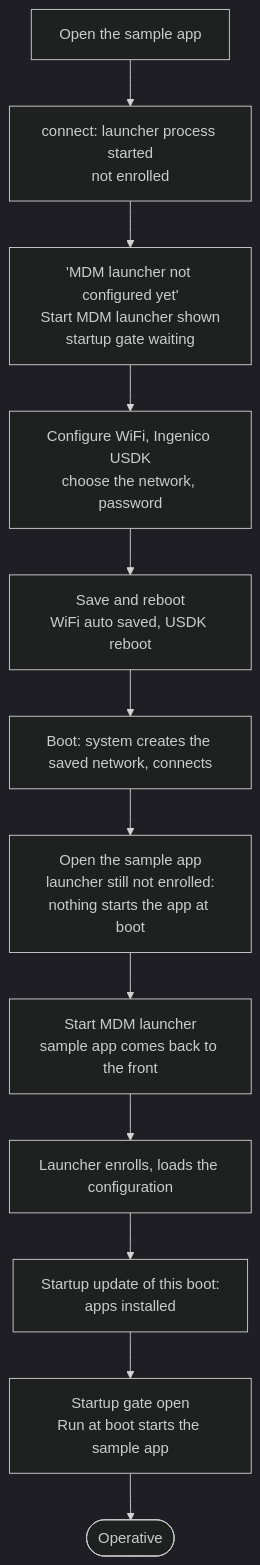
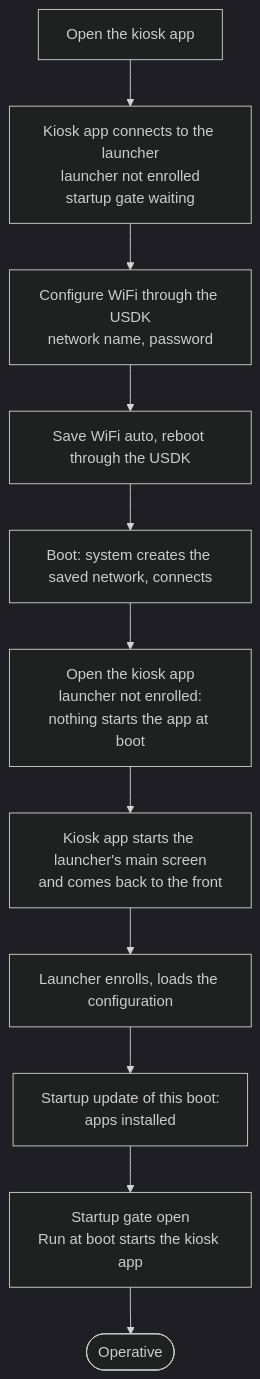
The second of 4 diagrams in docs/wifi-setup.md (rch-fw/HmdmChangeDeviceNumber), drawn with Mermaid (dark theme) before and after one commit. The commit also changed other lines of this file, not shown here.

First line of the commit message:
Docs: WiFi setup procedures for any kiosk app, the sample app only as an example

````diff
--- a/docs/wifi-setup.md
+++ b/docs/wifi-setup.md
@@ -182,14 +182,13 @@
 ```mermaid
 flowchart TD
-    A[Open the sample app] --> B[connect: launcher process started<br/>not enrolled]
-    B --> C['MDM launcher not configured yet'<br/>Start MDM launcher shown<br/>startup gate waiting]
-    C --> D[Configure WiFi, Ingenico USDK<br/>choose the network, password]
-    D --> E[Save and reboot<br/>WiFi auto saved, USDK reboot]
-    E --> F[Boot: system creates the saved network, connects]
-    F --> G[Open the sample app<br/>launcher still not enrolled:<br/>nothing starts the app at boot]
-    G --> H[Start MDM launcher<br/>sample app comes back to the front]
-    H --> I[Launcher enrolls, loads the configuration]
-    I --> J[Startup update of this boot:<br/>apps installed]
-    J --> K[Startup gate open<br/>Run at boot starts the sample app]
-    K --> L([Operative])
+    A[Open the kiosk app] --> B[Kiosk app connects to the launcher<br/>launcher not enrolled<br/>startup gate waiting]
+    B --> C[Configure WiFi through the USDK<br/>network name, password]
+    C --> D[Save WiFi auto, reboot through the USDK]
+    D --> E[Boot: system creates the saved network, connects]
+    E --> F[Open the kiosk app<br/>launcher not enrolled:<br/>nothing starts the app at boot]
+    F --> G[Kiosk app starts the launcher's main screen<br/>and comes back to the front]
+    G --> H[Launcher enrolls, loads the configuration]
+    H --> I[Startup update of this boot:<br/>apps installed]
+    I --> J[Startup gate open<br/>Run at boot starts the kiosk app]
+    J --> K([Operative])
 ```
````
